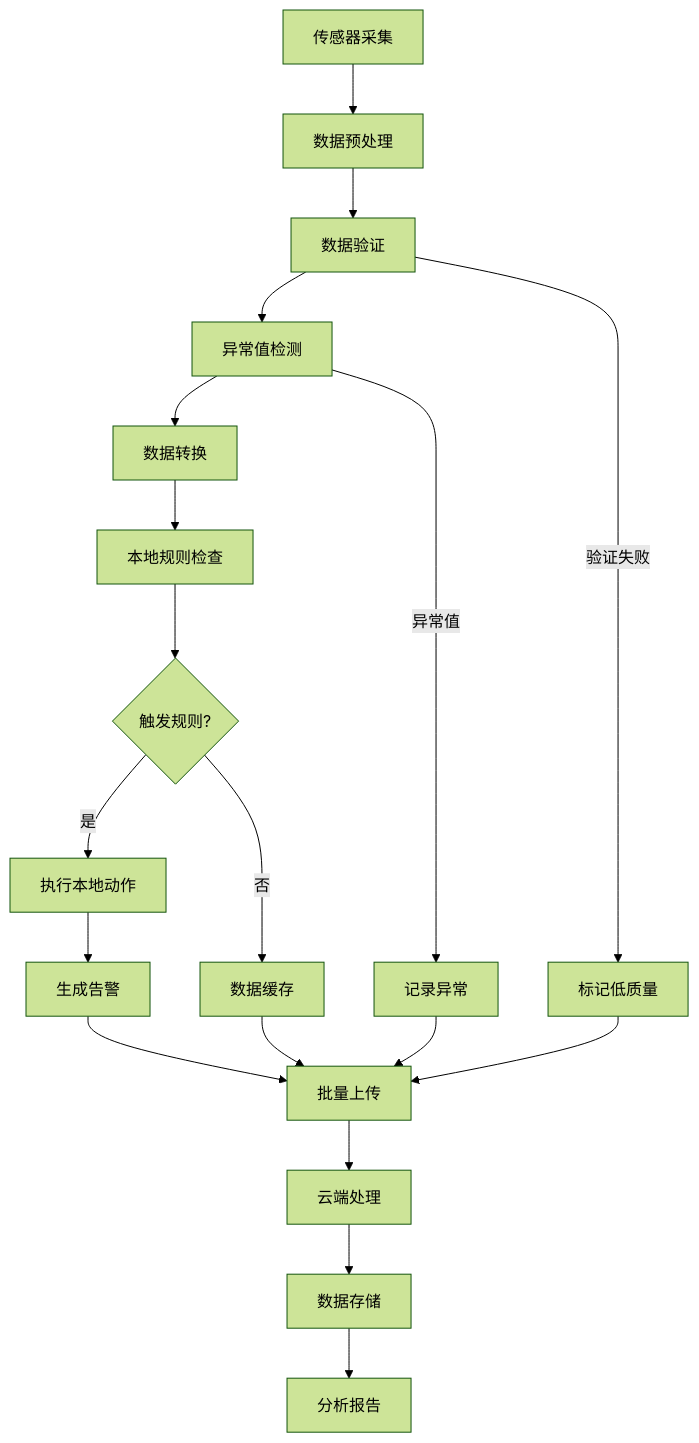
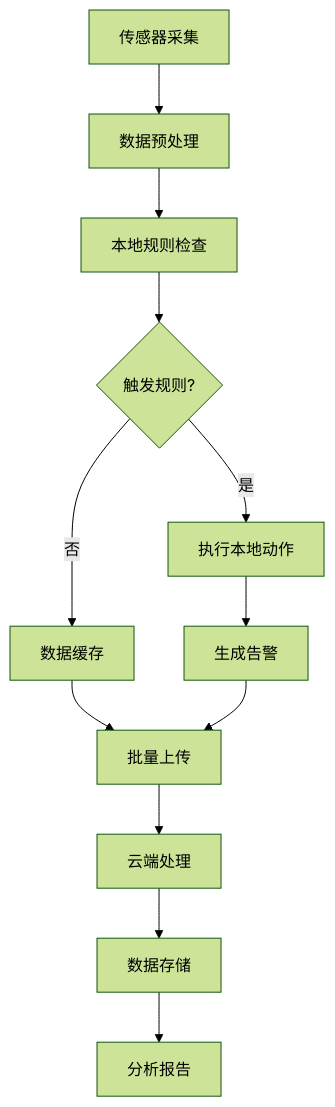
Before and after one commit to martin-ly/rust-lang: the second of 3 diagrams in docs/industry_domains/iot/business_modeling.md, drawn with Mermaid (forest theme). The commit also changed other lines of this file and 2 other files, not shown here.

````diff
--- a/docs/industry_domains/iot/business_modeling.md
+++ b/docs/industry_domains/iot/business_modeling.md
@@ -689,22 +553,14 @@
 ```mermaid
 graph TD
     A[传感器采集] --> B[数据预处理]
-    B --> C[数据验证]
-    C --> D[异常值检测]
-    D --> E[数据转换]
-    E --> F[本地规则检查]
-    F --> G{触发规则?}
-    G -->|是| H[执行本地动作]
-    G -->|否| I[数据缓存]
-    H --> J[生成告警]
-    I --> K[批量上传]
-    J --> K
-    K --> L[云端处理]
-    L --> M[数据存储]
-    M --> N[分析报告]
-    
-    C -->|验证失败| O[标记低质量]
-    D -->|异常值| P[记录异常]
-    O --> K
-    P --> K
+    B --> C[本地规则检查]
+    C --> D{触发规则?}
+    D -->|是| E[执行本地动作]
+    D -->|否| F[数据缓存]
+    E --> G[生成告警]
+    F --> H[批量上传]
+    G --> H
+    H --> I[云端处理]
+    I --> J[数据存储]
+    J --> K[分析报告]
 ```
````
